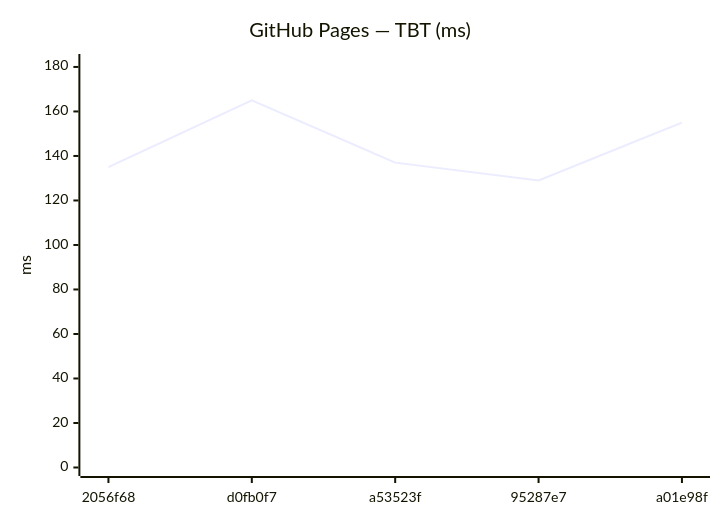
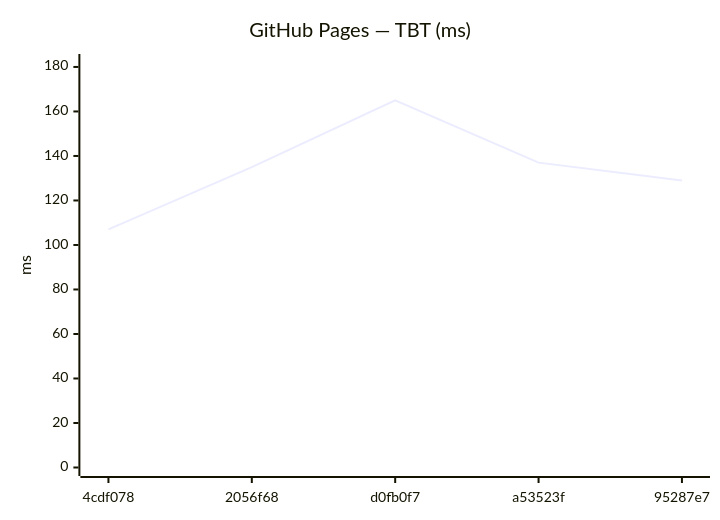
Before and after one commit to Metaheurist/Rianell: the tenth of 18 diagrams in benchmarks/compare.md, drawn with Mermaid. The commit also changed other lines of this file and 11 other files, not shown here.

````diff
--- a/benchmarks/compare.md
+++ b/benchmarks/compare.md
@@ -149,7 +149,7 @@
 ```mermaid
 xychart-beta
     title "GitHub Pages — TBT (ms)"
-    x-axis ["2056f68", "d0fb0f7", "a53523f", "95287e7", "a01e98f"]
+    x-axis ["4cdf078", "2056f68", "d0fb0f7", "a53523f", "95287e7"]
     y-axis "ms" 0 --> 182
-    line [135, 165, 137, 129, 155]
+    line [107, 135, 165, 137, 129]
 ```
````
